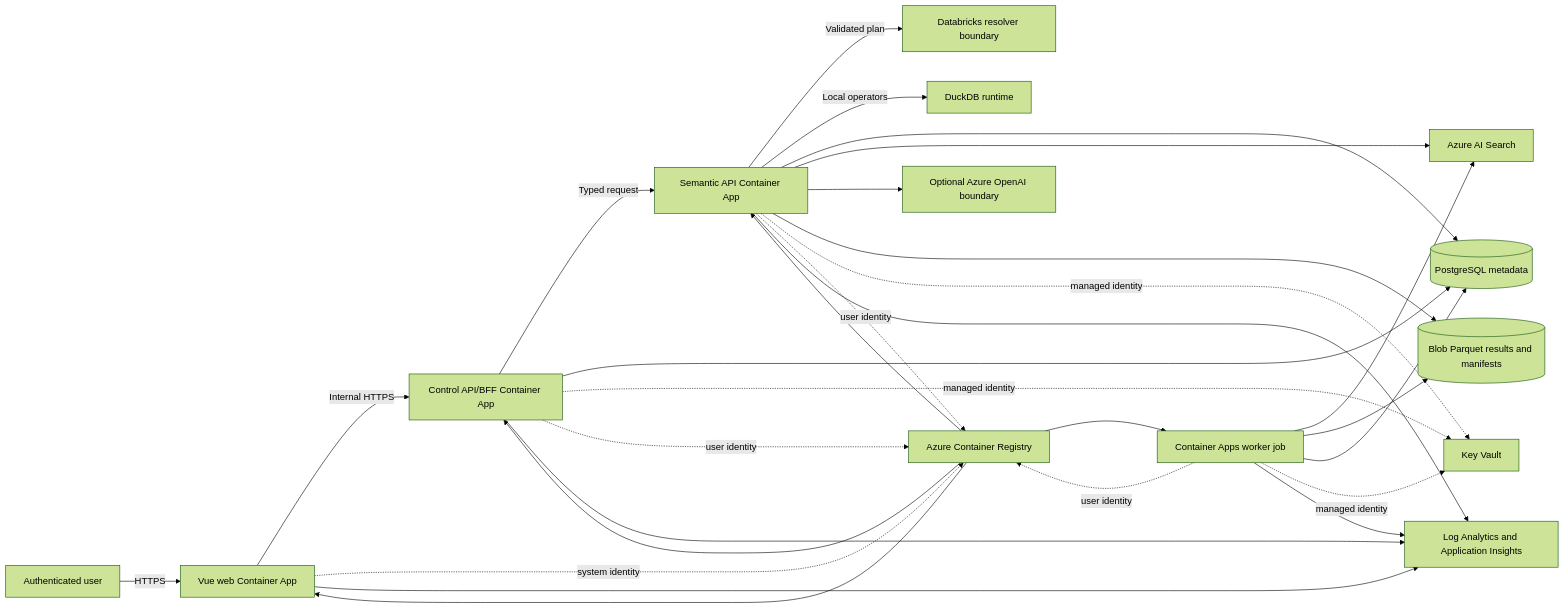
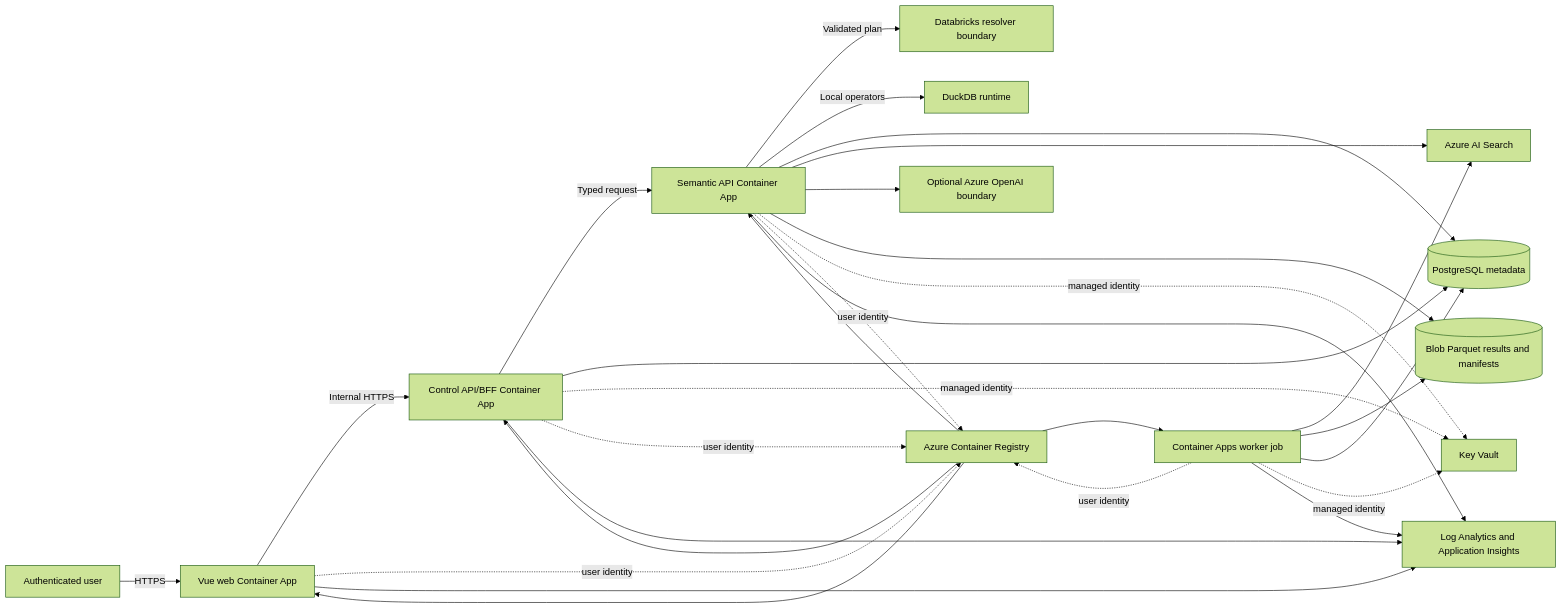
The diagram in docs/operations/azure-deployment.md (2012952877/semantic-data-nexus), drawn with Mermaid (forest theme) before and after one commit. The commit also changed other lines of this file and 12 other files, not shown here.

````diff
--- a/docs/operations/azure-deployment.md
+++ b/docs/operations/azure-deployment.md
@@ -5,31 +5,31 @@
 ```mermaid
 flowchart LR
     User[Authenticated user] -->|HTTPS| Web[Vue web Container App]
     Web -->|Internal HTTPS| Control[Control API/BFF Container App]
     Control -->|Typed request| Semantic[Semantic API Container App]
     Semantic -->|Validated plan| Resolver[Databricks resolver boundary]
     Semantic -->|Local operators| DuckDB[DuckDB runtime]
     Control --> Postgres[(PostgreSQL metadata)]
     Semantic --> Postgres
     Semantic --> Search[Azure AI Search]
     Semantic --> AI[Optional Azure OpenAI boundary]
     Semantic --> Blob[(Blob Parquet results and manifests)]
     Worker[Container Apps worker job] --> Search
     Worker --> Blob
     Worker --> Postgres
     ACR[Azure Container Registry] --> Web
     ACR --> Control
     ACR --> Semantic
     ACR --> Worker
     Control -. managed identity .-> Vault[Key Vault]
     Semantic -. managed identity .-> Vault
     Worker -. managed identity .-> Vault
-    Web -. system identity .-> ACR
+    Web -. user identity .-> ACR
     Control -. user identity .-> ACR
     Semantic -. user identity .-> ACR
     Worker -. user identity .-> ACR
     Web --> Telemetry[Log Analytics and Application Insights]
     Control --> Telemetry
     Semantic --> Telemetry
     Worker --> Telemetry
 ```
````
